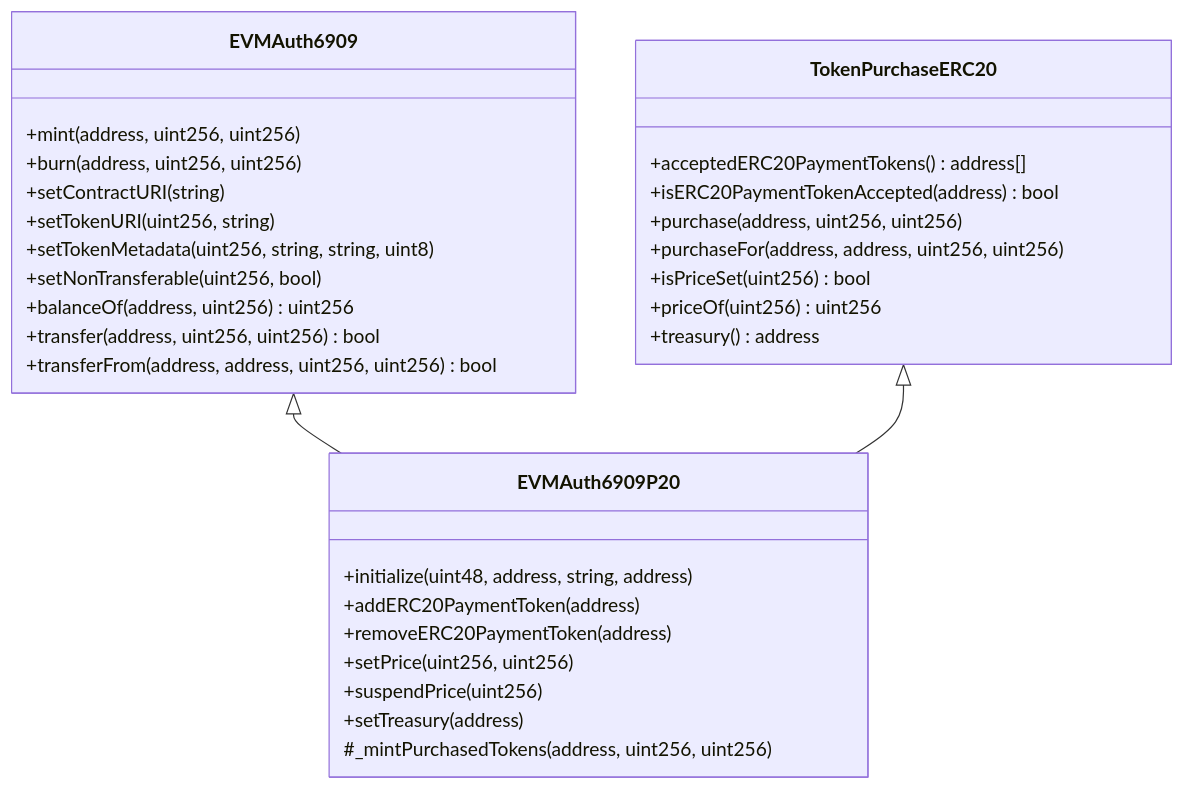
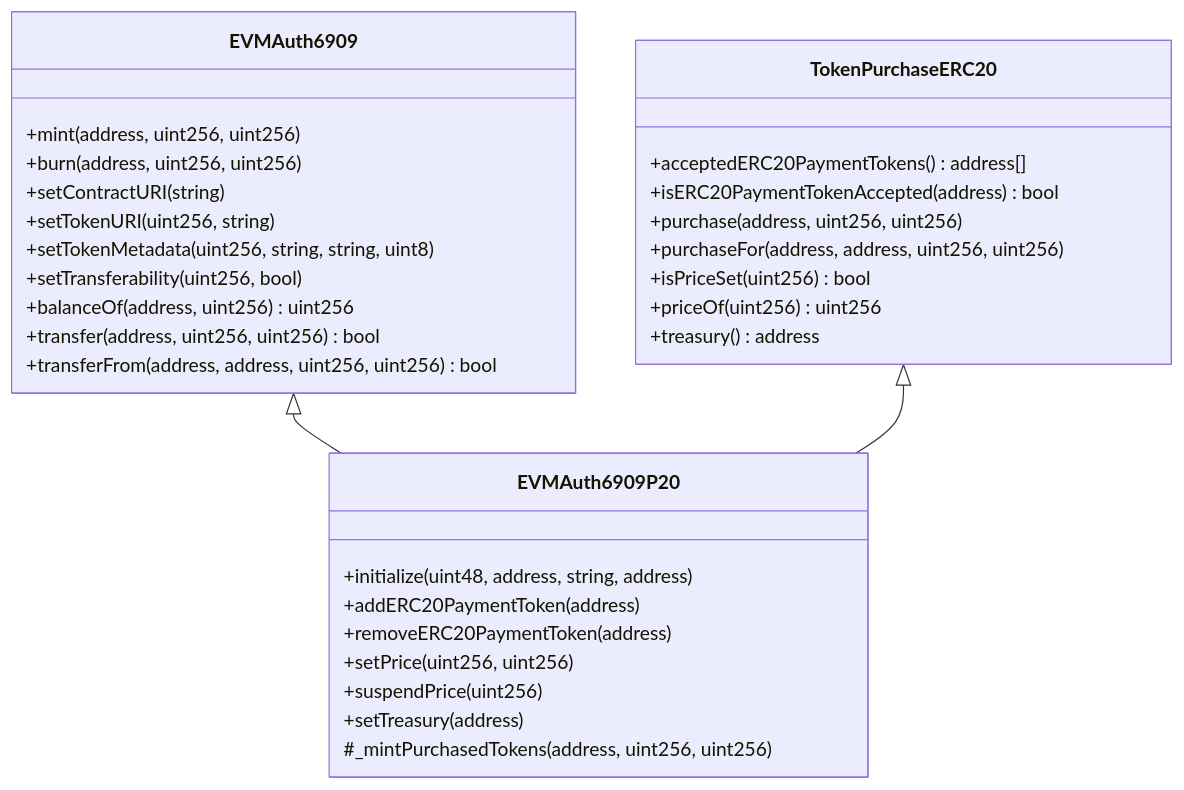
Diagram 15 of 18 in src/README.md (glanzz/evmauth-core), drawn with Mermaid before and after one commit. The commit also changed other lines of this file and 9 other files, not shown here.

````diff
--- a/src/README.md
+++ b/src/README.md
@@ -726,35 +814,35 @@
 ```mermaid
 classDiagram
     class EVMAuth6909{
         +mint(address, uint256, uint256)
         +burn(address, uint256, uint256)
         +setContractURI(string)
         +setTokenURI(uint256, string)
         +setTokenMetadata(uint256, string, string, uint8)
-        +setNonTransferable(uint256, bool)
+        +setTransferability(uint256, bool)
         +balanceOf(address, uint256) uint256
         +transfer(address, uint256, uint256) bool
         +transferFrom(address, address, uint256, uint256) bool
     }
     class TokenPurchaseERC20{
         +acceptedERC20PaymentTokens() address[]
         +isERC20PaymentTokenAccepted(address) bool
         +purchase(address, uint256, uint256)
         +purchaseFor(address, address, uint256, uint256)
         +isPriceSet(uint256) bool
         +priceOf(uint256) uint256
         +treasury() address
     }
     class EVMAuth6909P20{
         +initialize(uint48, address, string, address)
         +addERC20PaymentToken(address)
         +removeERC20PaymentToken(address)
         +setPrice(uint256, uint256)
         +suspendPrice(uint256)
         +setTreasury(address)
         #_mintPurchasedTokens(address, uint256, uint256)
     }
     
     EVMAuth6909 <|-- EVMAuth6909P20
     TokenPurchaseERC20 <|-- EVMAuth6909P20
 ```
````
